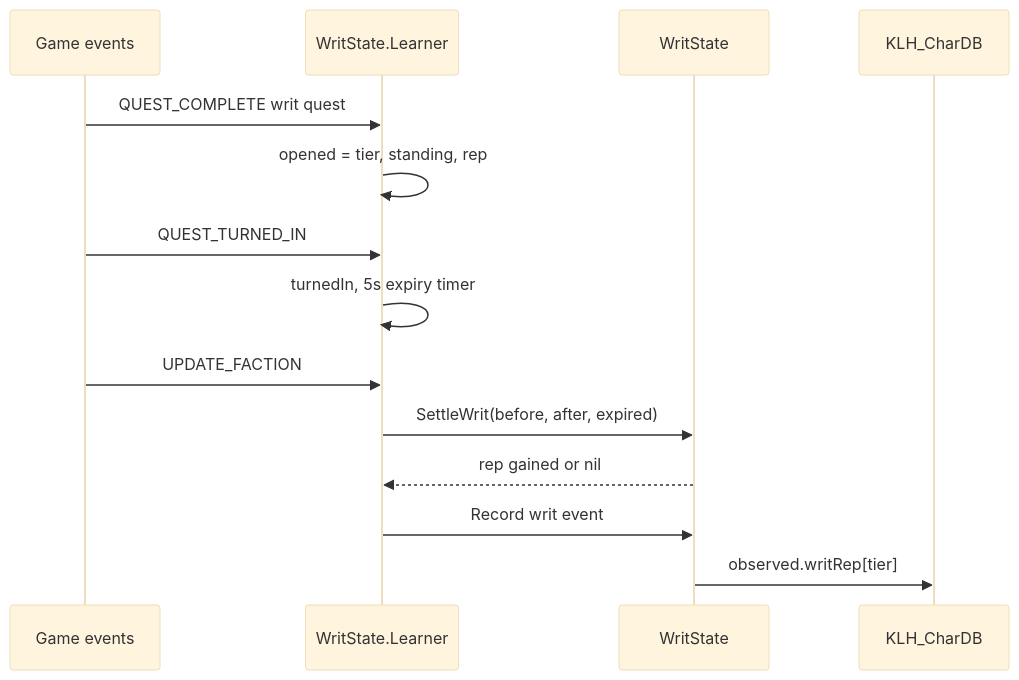
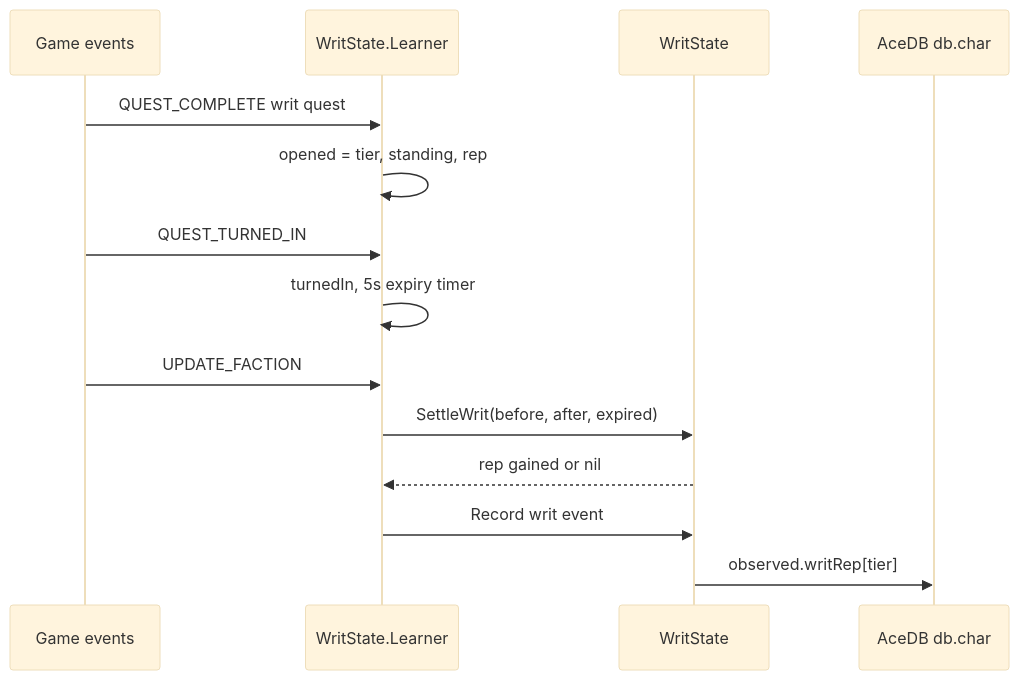
Before and after one commit to lkshrk/KlausisLittleHelpers: the fifth of 6 diagrams in docs/3. Workflow Overview.md, drawn with Mermaid (base theme). The commit also changed other lines of this file and 65 other files, not shown here.

````diff
--- a/docs/3. Workflow Overview.md
+++ b/docs/3. Workflow Overview.md
@@ -169,17 +149,17 @@
 ```mermaid
 sequenceDiagram
     participant G as Game events
     participant O as WritState.Learner
     participant W as WritState
-    participant S as KLH_CharDB
+    participant S as AceDB db.char
 
     G->>O: QUEST_COMPLETE writ quest
     O->>O: opened = tier, standing, rep
     G->>O: QUEST_TURNED_IN
     O->>O: turnedIn, 5s expiry timer
     G->>O: UPDATE_FACTION
     O->>W: SettleWrit(before, after, expired)
     W-->>O: rep gained or nil
     O->>W: Record writ event
     W->>S: observed.writRep[tier]
 ```
````
